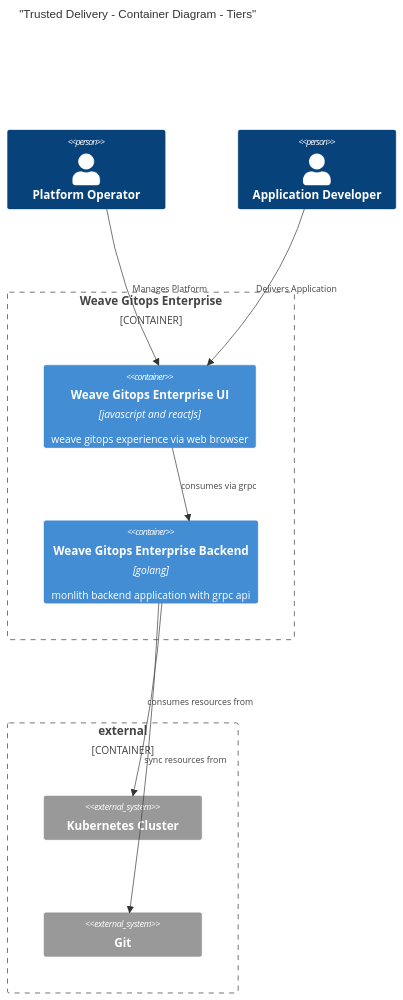
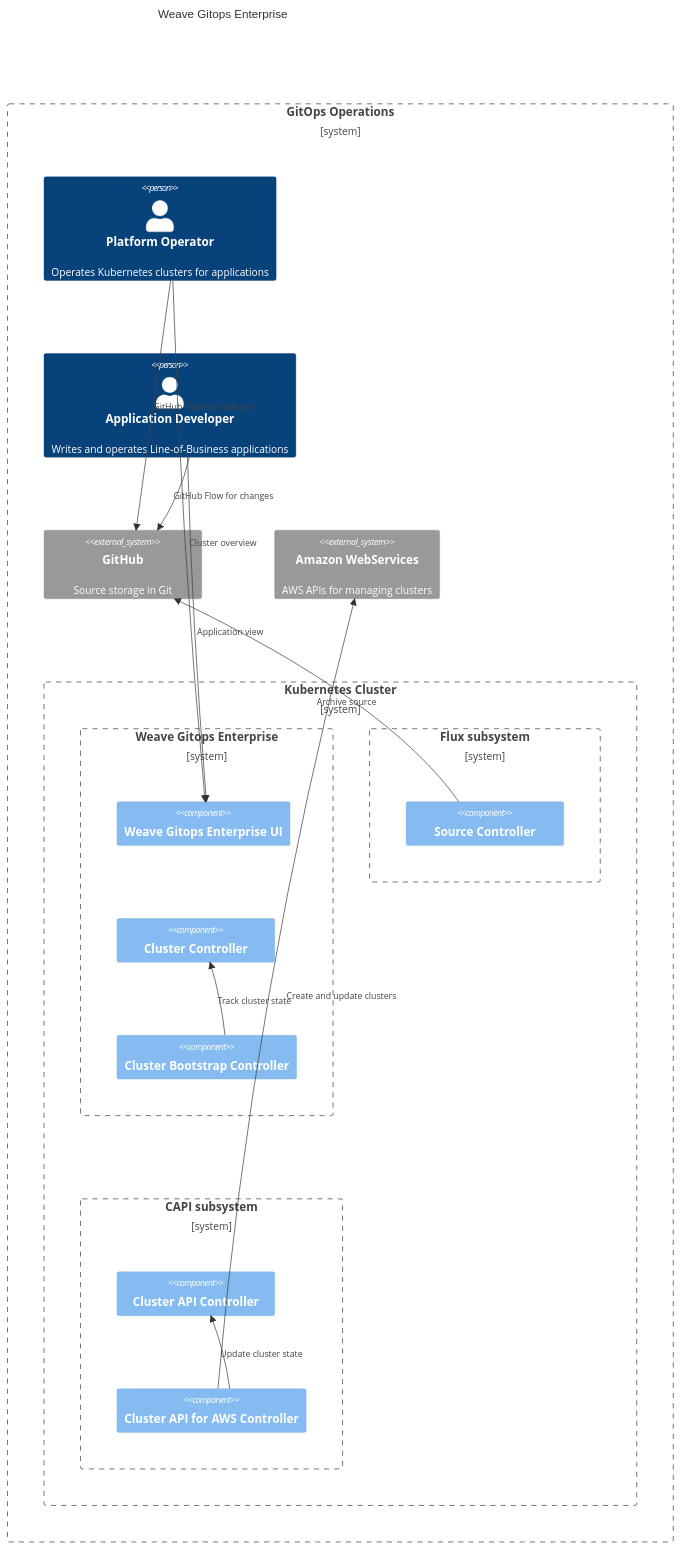
The diagram in docs/architecture/cluster-management.md (weaveworks/weave-gitops-enterprise), drawn with Mermaid before and after one commit. The commit also changed other lines of this file and 1 other file, not shown here.

Commit message:
cluster management

````diff
--- a/docs/architecture/cluster-management.md
+++ b/docs/architecture/cluster-management.md
@@ -55,22 +30,41 @@
 ```mermaid
-C4Container
-  title "Trusted Delivery - Container Diagram - Tiers"
-  Person(platformOperator, "Platform Operator")
-  Person(developer, "Application Developer")      
-  Container_Boundary(weaveGitopsEnterprise, "Weave Gitops Enterprise") {
-      Container(weaveGitopsEnterpriseUi, "Weave Gitops Enterprise UI","javascript and reactJs","weave gitops experience via web browser")
-      Container(weaveGitopsEnterpriseBackend, "Weave Gitops Enterprise Backend","golang","monlith backend application with grpc api")
-      Rel(weaveGitopsEnterpriseUi, weaveGitopsEnterpriseBackend, "consumes via grpc")
-      Rel(weaveGitopsEnterpriseBackend, KubernetesCluster, "consumes delivery resources via kubernetes api")
+C4Context
+  title Weave Gitops Enterprise
+
+    Boundary(b0, "GitOps Operations") {
+    Person(platformOperator, "Platform Operator", "Operates Kubernetes clusters for applications")
+    Person(applicationDeveloper, "Application Developer", "Writes and operates Line-of-Business applications")
+
+    System_Ext(github, "GitHub", "Source storage in Git")      
+    System_Ext(aws, "Amazon WebServices", "AWS APIs for managing clusters") 
+
+    Boundary(kubernetes, "Kubernetes Cluster") {
+        Boundary(wg, "Weave Gitops Enterprise") {  
+            Component(weaveGitopsEnterpriseUI, "Weave Gitops Enterprise UI")
+            Component(clusterController, "Cluster Controller")
+            Component(clusterBootstrapController, "Cluster Bootstrap Controller")
+        }
+
+        Boundary(fluxb, "Flux subsystem") {  
+            Component(sourceController, "Source Controller")
+        }
+
+        Boundary(capib, "CAPI subsystem") {  
+            Component(capiController, "Cluster API Controller")
+            Component(capiAWSController, "Cluster API for AWS Controller")
+        }
+    }
   }
-  Rel(platformOperator, weaveGitopsEnterpriseUi, "Manages Platform")
-  Rel(developer, weaveGitopsEnterpriseUi, "Delivers Application")
-  Container_Boundary(external, "external") {
-    System_Ext(KubernetesCluster, "Kubernetes Cluster")
-    System_Ext(Git, "Git")     
-  }
-  Rel(weaveGitopsEnterpriseBackend, Git, "sync resources from")
-  Rel(weaveGitopsEnterpriseBackend, KubernetesCluster, "consumes resources from")  
 
-  UpdateLayoutConfig($c4ShapeInRow="2", $c4BoundaryInRow="1")              
+Rel(platformOperator, github, "GitHub Flow for changes")
+Rel(applicationDeveloper, github, "GitHub Flow for changes")
+Rel(platformOperator, weaveGitopsEnterpriseUI, "Cluster overview")
+Rel(applicationDeveloper, weaveGitopsEnterpriseUI, "Application view")
+
+Rel(sourceController, github, "Archive source")
+Rel(capiAWSController, aws, "Create and update clusters")
+Rel(clusterBootstrapController, clusterController, "Track cluster state")
+Rel(capiAWSController, capiController, "Update cluster state")
+
+%% UpdateLayoutConfig($c4ShapeInRow="2", $c4BoundaryInRow="1")
 ```
````
